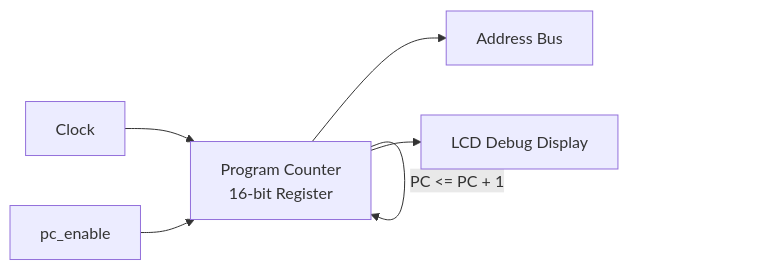
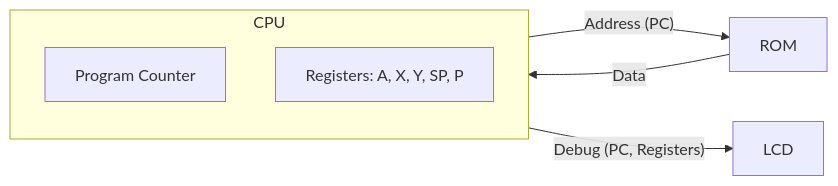
Before and after one commit to sokoide/tangnano_6502_cpu: the diagram in day05/README.md, drawn with Mermaid. The commit also changed other lines of this file and 59 other files, not shown here.

````diff
--- a/day05/README.md
+++ b/day05/README.md
@@ -48,8 +48,10 @@
 ```mermaid
 graph LR
-    CLK[Clock] --> PC[Program Counter<br/>16-bit Register]
-    PC_EN[pc_enable] --> PC
-    PC -->|"PC <= PC + 1"| PC
-    PC --> ADDR[Address Bus]
-    PC --> DISP[LCD Debug Display]
+    subgraph CPU
+        PC[Program Counter]
+        REGS[Registers: A, X, Y, SP, P]
+    end
+    CPU -- Address (PC) --> ROM
+    ROM -- Data --> CPU
+    CPU -- Debug (PC, Registers) --> LCD
 ```
````
